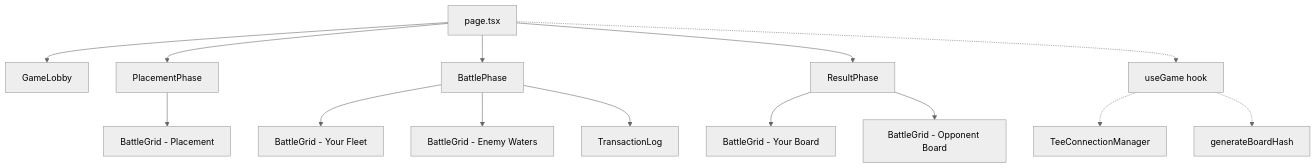
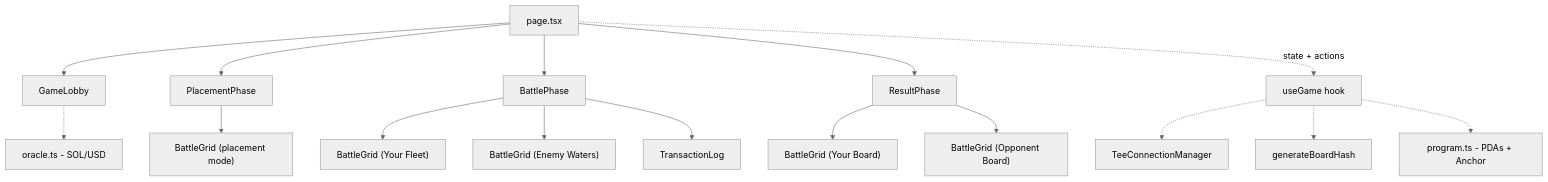
One commit to Andy00L/private-battleship changed the first of 4 diagrams in app/README.md. Above: the diagram before and after it, drawn with Mermaid (neutral theme). The commit also changed other lines of this file and 3 other files, not shown here.

````diff
--- a/app/README.md
+++ b/app/README.md
@@ -34,20 +42,20 @@
 ```mermaid
 graph TD
     PAGE[page.tsx] --> LOBBY[GameLobby]
     PAGE --> PLACEMENT[PlacementPhase]
     PAGE --> BATTLE[BattlePhase]
     PAGE --> RESULT[ResultPhase]
 
-    BATTLE --> GRID_MY[BattleGrid - Your Fleet]
-    BATTLE --> GRID_OPP[BattleGrid - Enemy Waters]
+    PLACEMENT --> GRID_PLACE["BattleGrid (placement mode)"]
+    BATTLE --> GRID_MY["BattleGrid (Your Fleet)"]
+    BATTLE --> GRID_OPP["BattleGrid (Enemy Waters)"]
     BATTLE --> TX_LOG[TransactionLog]
+    RESULT --> GRID_A["BattleGrid (Your Board)"]
+    RESULT --> GRID_B["BattleGrid (Opponent Board)"]
 
-    PLACEMENT --> GRID_PLACE[BattleGrid - Placement]
-
-    RESULT --> GRID_A[BattleGrid - Your Board]
-    RESULT --> GRID_B[BattleGrid - Opponent Board]
-
-    PAGE -.-> HOOK[useGame hook]
-    HOOK -.-> TEE[TeeConnectionManager]
+    PAGE -.->|state + actions| HOOK[useGame hook]
+    HOOK -.-> TEE_MGR[TeeConnectionManager]
     HOOK -.-> HASH[generateBoardHash]
+    HOOK -.-> PROGRAM[program.ts - PDAs + Anchor]
+    LOBBY -.-> ORACLE[oracle.ts - SOL/USD]
 ```
````
